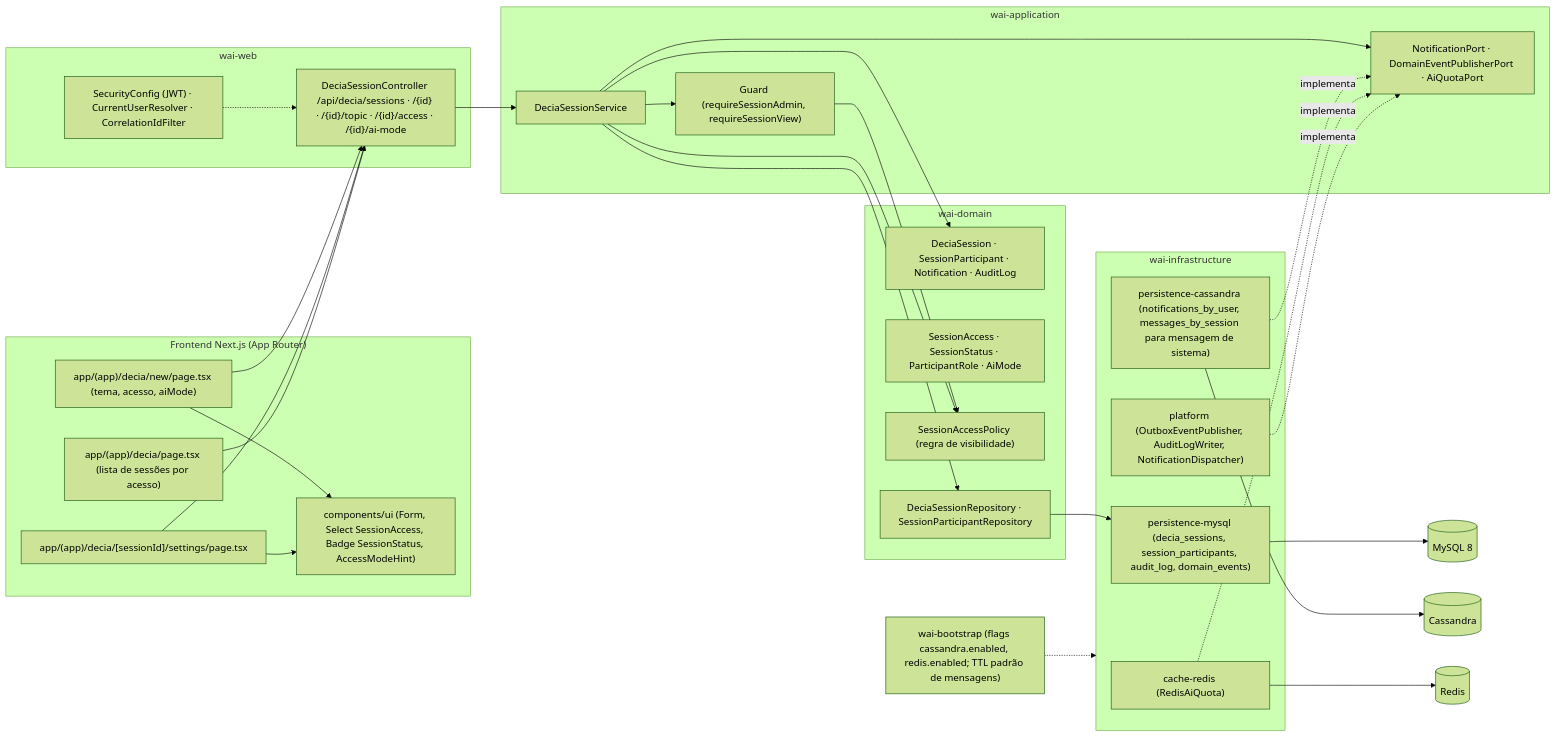
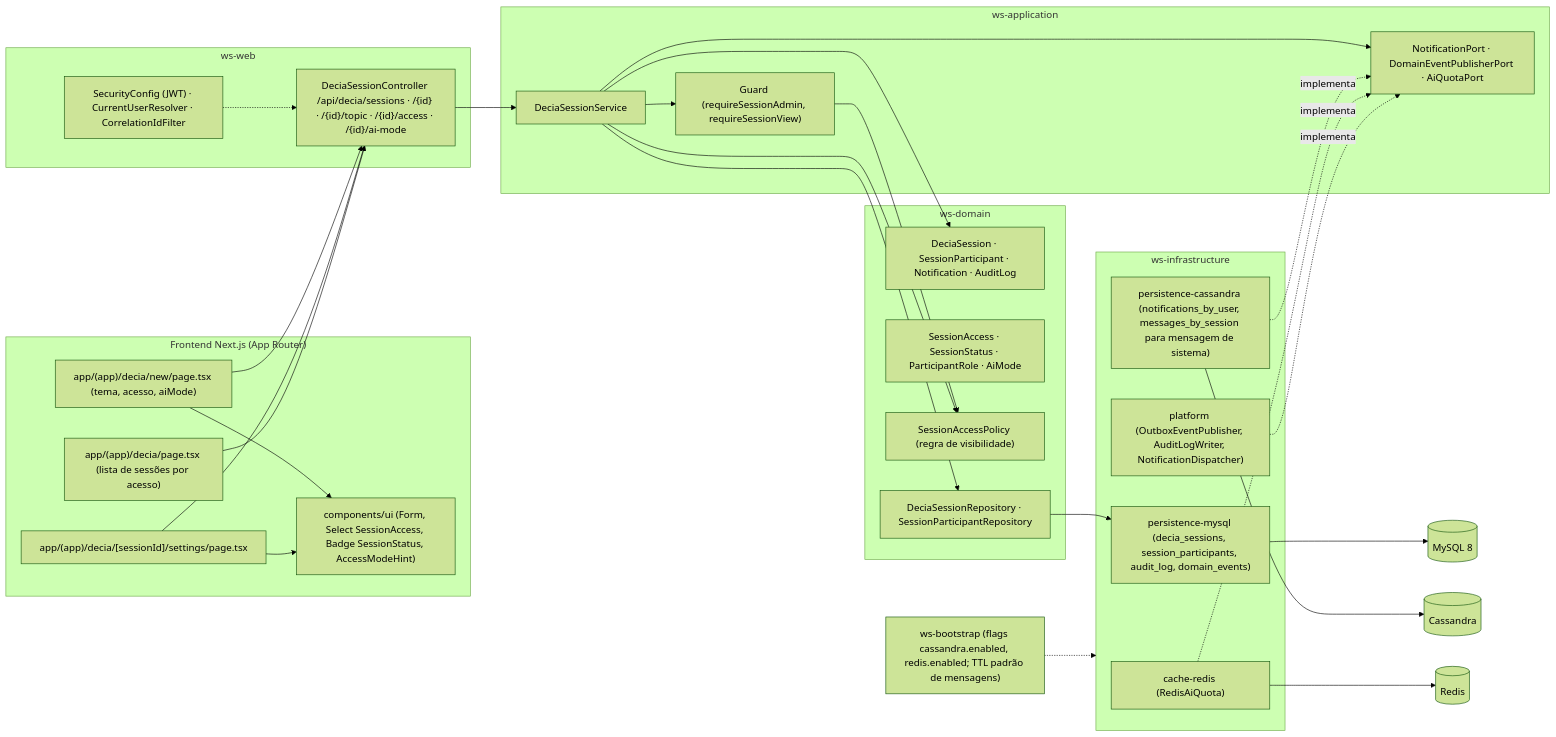
The fifth of 5 diagrams in docs/diagramas/RF4/README.md (MatheusHaliski/Decia-app-2026), drawn with Mermaid (forest theme) before and after one commit. The commit also changed other lines of this file and 65 other files, not shown here.

First line of the commit message:
docs: renomeia o produto para Work Station (módulos ws-*), UserPreferences no diagrama v1, RF44/RF45 ajustados, design system (tokens, components.css, 66 ícones, 112 anatomias SVG, galeria e capturas) e dúvidas Q-36..Q-43

````diff
--- a/docs/diagramas/RF4/README.md
+++ b/docs/diagramas/RF4/README.md
@@ -362,60 +362,60 @@
 ```mermaid
 flowchart LR
   subgraph FE["Frontend Next.js (App Router)"]
     FE1["app/(app)/decia/new/page.tsx (tema, acesso, aiMode)"]
     FE2["app/(app)/decia/[sessionId]/settings/page.tsx"]
     FE3["app/(app)/decia/page.tsx (lista de sessões por acesso)"]
     FE4["components/ui (Form, Select SessionAccess, Badge SessionStatus, AccessModeHint)"]
   end
 
-  subgraph WEB["wai-web"]
+  subgraph WEB["ws-web"]
     W1["DeciaSessionController /api/decia/sessions · /{id} · /{id}/topic · /{id}/access · /{id}/ai-mode"]
     W2["SecurityConfig (JWT) · CurrentUserResolver · CorrelationIdFilter"]
   end
 
-  subgraph APP["wai-application"]
+  subgraph APP["ws-application"]
     S1["DeciaSessionService"]
     S2["Guard (requireSessionAdmin, requireSessionView)"]
     P1["NotificationPort · DomainEventPublisherPort · AiQuotaPort"]
   end
 
-  subgraph DOM["wai-domain"]
+  subgraph DOM["ws-domain"]
     D1["DeciaSession · SessionParticipant · Notification · AuditLog"]
     D2["SessionAccess · SessionStatus · ParticipantRole · AiMode"]
     D3["SessionAccessPolicy (regra de visibilidade)"]
     D4["DeciaSessionRepository · SessionParticipantRepository"]
   end
 
-  subgraph INFRA["wai-infrastructure"]
+  subgraph INFRA["ws-infrastructure"]
     I1["persistence-mysql (decia_sessions, session_participants, audit_log, domain_events)"]
     I2["persistence-cassandra (notifications_by_user, messages_by_session para mensagem de sistema)"]
     I3["cache-redis (RedisAiQuota)"]
     I4["platform (OutboxEventPublisher, AuditLogWriter, NotificationDispatcher)"]
   end
 
   MY[("MySQL 8")]
   CA[("Cassandra")]
   RD[("Redis")]
 
   FE1 --> W1
   FE2 --> W1
   FE3 --> W1
   FE1 --> FE4
   FE2 --> FE4
   W2 -.-> W1
   W1 --> S1
   S1 --> S2
   S2 --> D3
   S1 --> D3
   S1 --> P1
   S1 --> D1
   S1 --> D4
   I2 -.->|implementa| P1
   I3 -.->|implementa| P1
   I4 -.->|implementa| P1
   D4 --> I1
   I1 --> MY
   I2 --> CA
   I3 --> RD
-  BOOT["wai-bootstrap (flags cassandra.enabled, redis.enabled; TTL padrão de mensagens)"] -.-> INFRA
+  BOOT["ws-bootstrap (flags cassandra.enabled, redis.enabled; TTL padrão de mensagens)"] -.-> INFRA
 ```
````
